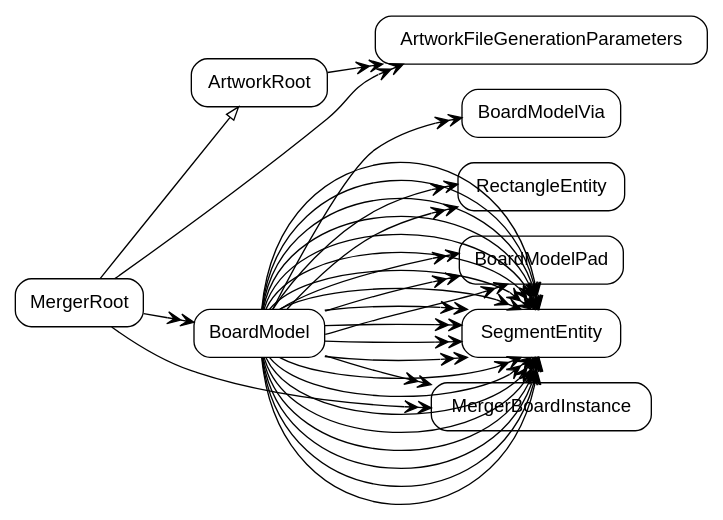
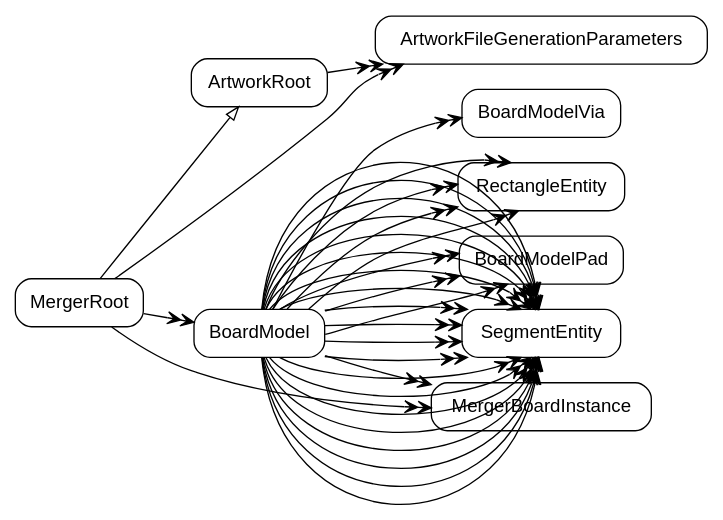
The diagram in models/strong-MergerRoot.dot (pierremolinaro/ElCanari-dev), drawn with Graphviz before and after one commit. The commit also changed 21 other files, not shown here.

```diff
--- a/models/strong-MergerRoot.dot
+++ b/models/strong-MergerRoot.dot
@@ -1,45 +1,47 @@
 digraph G {
   rankdir=LR ;
   node [shape=record fontname=helvetica style=rounded] ;
   MergerRoot ;
   ArtworkRoot ;
   ArtworkFileGenerationParameters ;
   BoardModel ;
   BoardModelVia ;
   RectangleEntity ;
   BoardModelPad ;
   SegmentEntity ;
   MergerBoardInstance ;
   MergerRoot -> MergerBoardInstance [dir=both arrowtail=none arrowhead=veevee] ;
   MergerRoot -> BoardModel [dir=both arrowtail=none arrowhead=veevee] ;
   MergerRoot -> ArtworkFileGenerationParameters [dir=both arrowtail=none arrowhead=veevee] ;
   MergerRoot -> ArtworkRoot [dir=both arrowtail=none arrowhead=onormal] ;
   ArtworkRoot -> ArtworkFileGenerationParameters [dir=both arrowtail=none arrowhead=veevee] ;
   BoardModel -> SegmentEntity [dir=both arrowtail=none arrowhead=veevee] ;
   BoardModel -> SegmentEntity [dir=both arrowtail=none arrowhead=veevee] ;
   BoardModel -> SegmentEntity [dir=both arrowtail=none arrowhead=veevee] ;
   BoardModel -> SegmentEntity [dir=both arrowtail=none arrowhead=veevee] ;
   BoardModel -> SegmentEntity [dir=both arrowtail=none arrowhead=veevee] ;
   BoardModel -> SegmentEntity [dir=both arrowtail=none arrowhead=veevee] ;
   BoardModel -> BoardModelPad [dir=both arrowtail=none arrowhead=veevee] ;
   BoardModel -> SegmentEntity [dir=both arrowtail=none arrowhead=veevee] ;
   BoardModel -> SegmentEntity [dir=both arrowtail=none arrowhead=veevee] ;
   BoardModel -> SegmentEntity [dir=both arrowtail=none arrowhead=veevee] ;
   BoardModel -> SegmentEntity [dir=both arrowtail=none arrowhead=veevee] ;
   BoardModel -> SegmentEntity [dir=both arrowtail=none arrowhead=veevee] ;
   BoardModel -> SegmentEntity [dir=both arrowtail=none arrowhead=veevee] ;
   BoardModel -> SegmentEntity [dir=both arrowtail=none arrowhead=veevee] ;
   BoardModel -> SegmentEntity [dir=both arrowtail=none arrowhead=veevee] ;
   BoardModel -> BoardModelPad [dir=both arrowtail=none arrowhead=veevee] ;
   BoardModel -> SegmentEntity [dir=both arrowtail=none arrowhead=veevee] ;
   BoardModel -> SegmentEntity [dir=both arrowtail=none arrowhead=veevee] ;
   BoardModel -> SegmentEntity [dir=both arrowtail=none arrowhead=veevee] ;
   BoardModel -> SegmentEntity [dir=both arrowtail=none arrowhead=veevee] ;
   BoardModel -> SegmentEntity [dir=both arrowtail=none arrowhead=veevee] ;
   BoardModel -> SegmentEntity [dir=both arrowtail=none arrowhead=veevee] ;
   BoardModel -> RectangleEntity [dir=both arrowtail=none arrowhead=veevee] ;
   BoardModel -> RectangleEntity [dir=both arrowtail=none arrowhead=veevee] ;
+  BoardModel -> RectangleEntity [dir=both arrowtail=none arrowhead=veevee] ;
+  BoardModel -> RectangleEntity [dir=both arrowtail=none arrowhead=veevee] ;
   BoardModel -> MergerBoardInstance [dir=both arrowtail=none arrowhead=veevee] ;
   BoardModel -> BoardModelPad [dir=both arrowtail=none arrowhead=veevee] ;
   BoardModel -> BoardModelVia [dir=both arrowtail=none arrowhead=veevee] ;
 }
```
